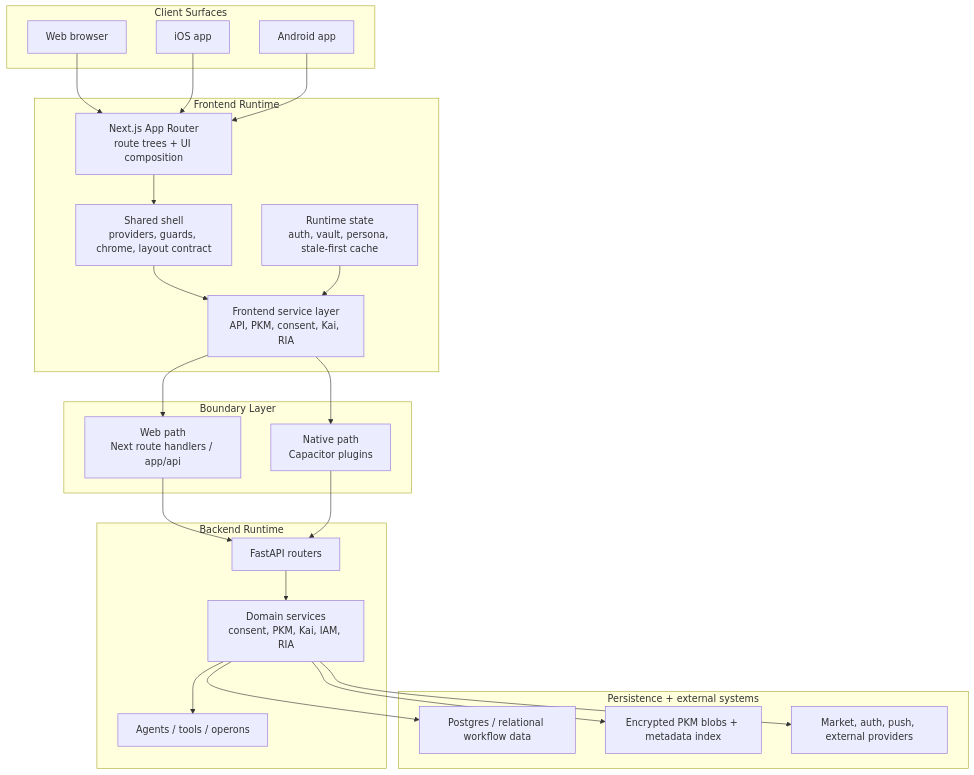
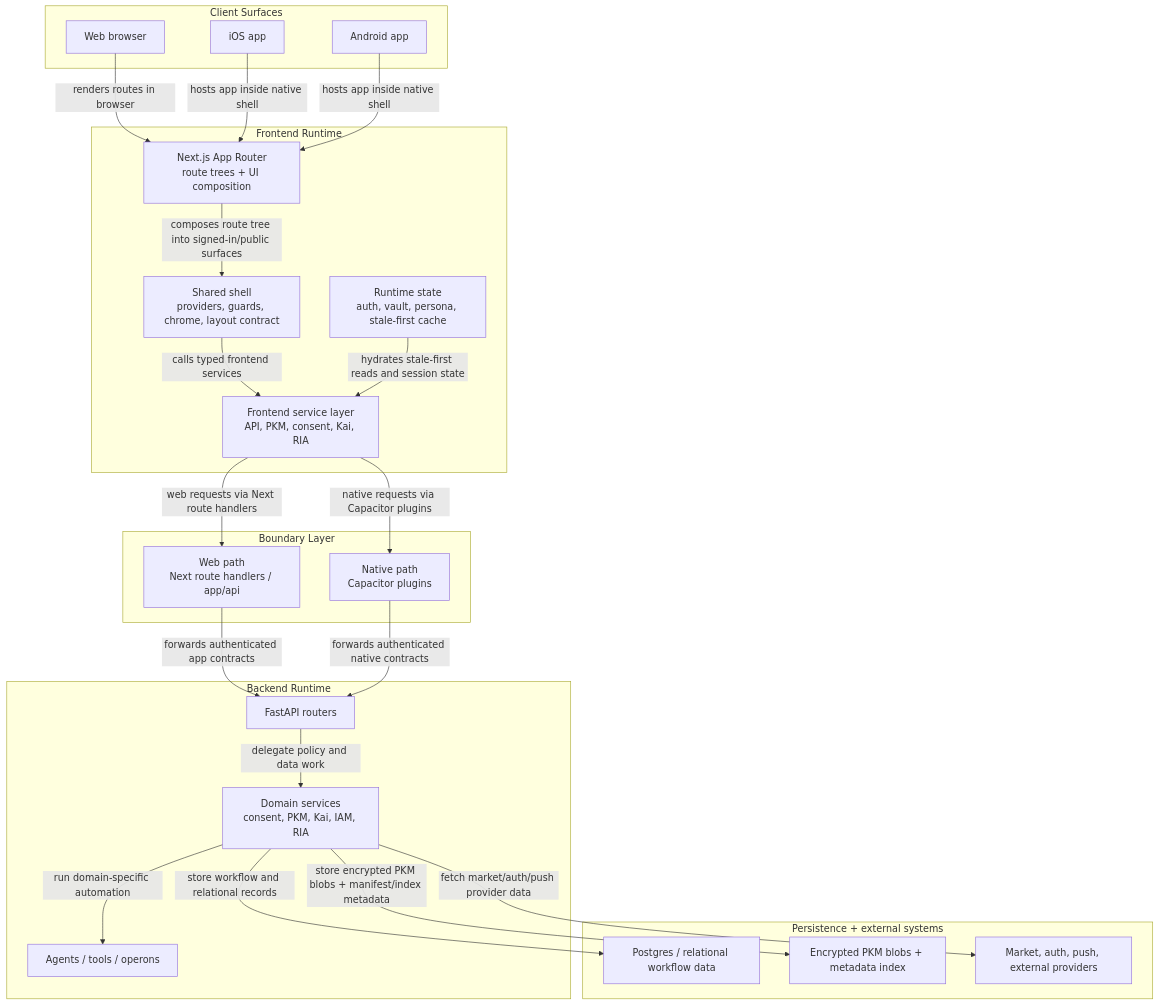
Before and after one commit to Vrishinram/hushh-research: the diagram in docs/reference/architecture/architecture.md, drawn with Mermaid. The commit also changed 46 other files, not shown here.

Commit message:
feat: harden PKM upgrades and streamline consent shell

````diff
--- a/docs/reference/architecture/architecture.md
+++ b/docs/reference/architecture/architecture.md
@@ -8,44 +8,48 @@
 ```mermaid
 flowchart TB
   subgraph clients["Client Surfaces"]
     web["Web browser"]
     ios["iOS app"]
     android["Android app"]
   end
 
   subgraph frontend["Frontend Runtime"]
     app["Next.js App Router<br/>route trees + UI composition"]
     shell["Shared shell<br/>providers, guards, chrome, layout contract"]
     svc["Frontend service layer<br/>API, PKM, consent, Kai, RIA"]
     cache["Runtime state<br/>auth, vault, persona, stale-first cache"]
   end
 
   subgraph boundary["Boundary Layer"]
     proxy["Web path<br/>Next route handlers / app/api"]
     plugin["Native path<br/>Capacitor plugins"]
   end
 
   subgraph backend["Backend Runtime"]
     routes["FastAPI routers"]
     services["Domain services<br/>consent, PKM, Kai, IAM, RIA"]
     agents["Agents / tools / operons"]
   end
 
   subgraph persistence["Persistence + external systems"]
     relational["Postgres / relational workflow data"]
     blobs["Encrypted PKM blobs + metadata index"]
     providers["Market, auth, push, external providers"]
   end
 
-  web --> app
-  ios --> app
-  android --> app
-  app --> shell --> svc
-  cache --> svc
-  svc --> proxy --> routes
-  svc --> plugin --> routes
-  routes --> services --> agents
-  services --> relational
-  services --> blobs
-  services --> providers
+  web -->|renders routes in browser| app
+  ios -->|hosts app inside native shell| app
+  android -->|hosts app inside native shell| app
+  app -->|composes route tree into signed-in/public surfaces| shell
+  shell -->|calls typed frontend services| svc
+  cache -->|hydrates stale-first reads and session state| svc
+  svc -->|web requests via Next route handlers| proxy
+  svc -->|native requests via Capacitor plugins| plugin
+  proxy -->|forwards authenticated app contracts| routes
+  plugin -->|forwards authenticated native contracts| routes
+  routes -->|delegate policy and data work| services
+  services -->|run domain-specific automation| agents
+  services -->|store workflow and relational records| relational
+  services -->|store encrypted PKM blobs + manifest/index metadata| blobs
+  services -->|fetch market/auth/push provider data| providers
 ```
````
